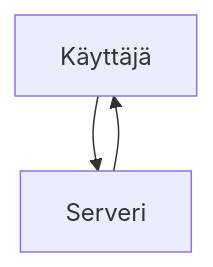
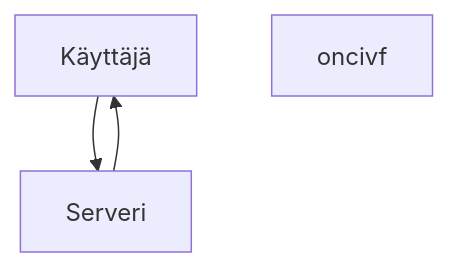
One commit to Robsoni99/Ohjelmointi-2-vuosi changed the diagram in README.md. Above: the diagram before and after it, drawn with Mermaid.

````diff
--- a/README.md
+++ b/README.md
@@ -3,5 +3,6 @@
 ```mermaid
 graph TD;
     Käyttäjä-->Serveri;
+    oncivf
     Serveri-->Käyttäjä
 ```
````
